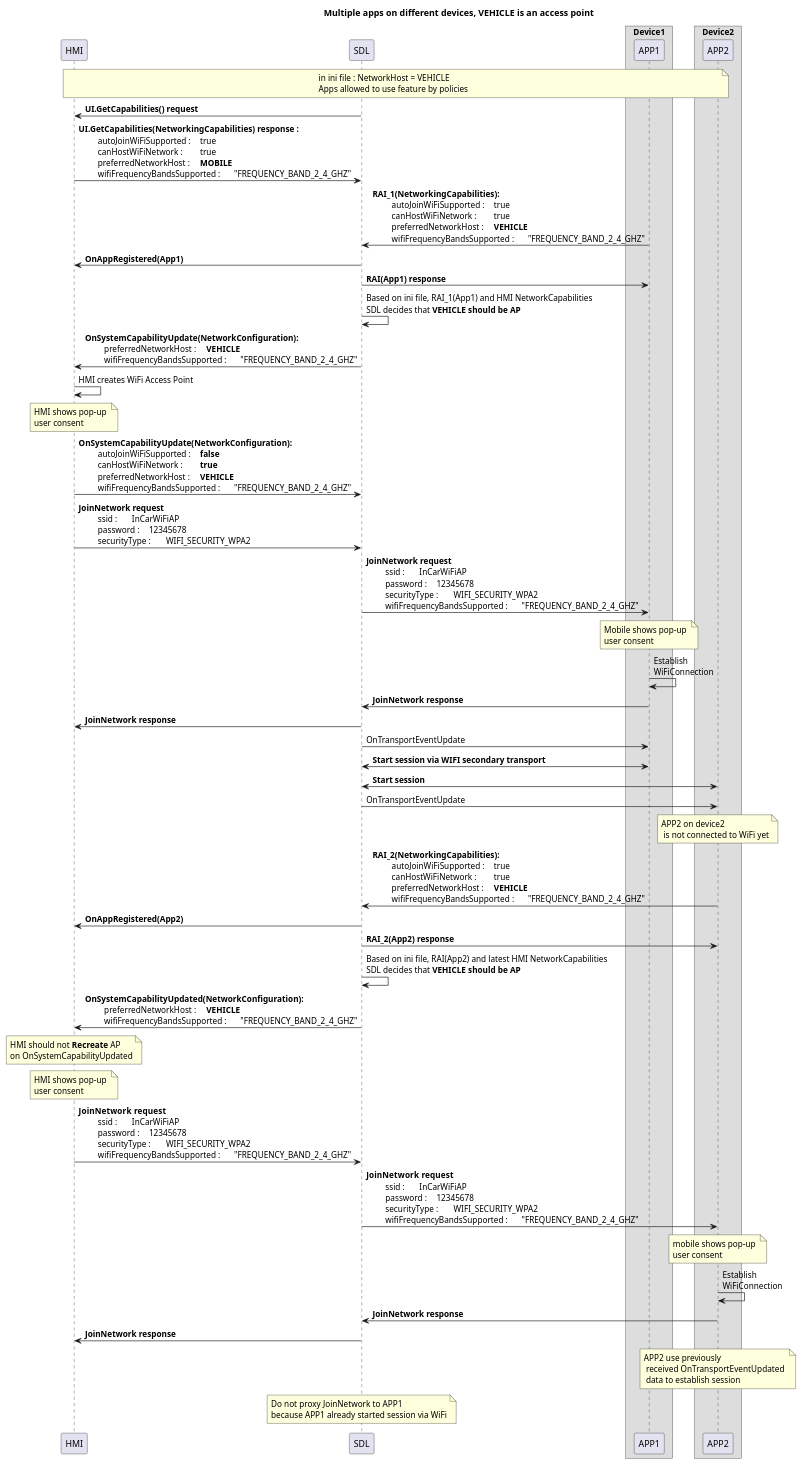
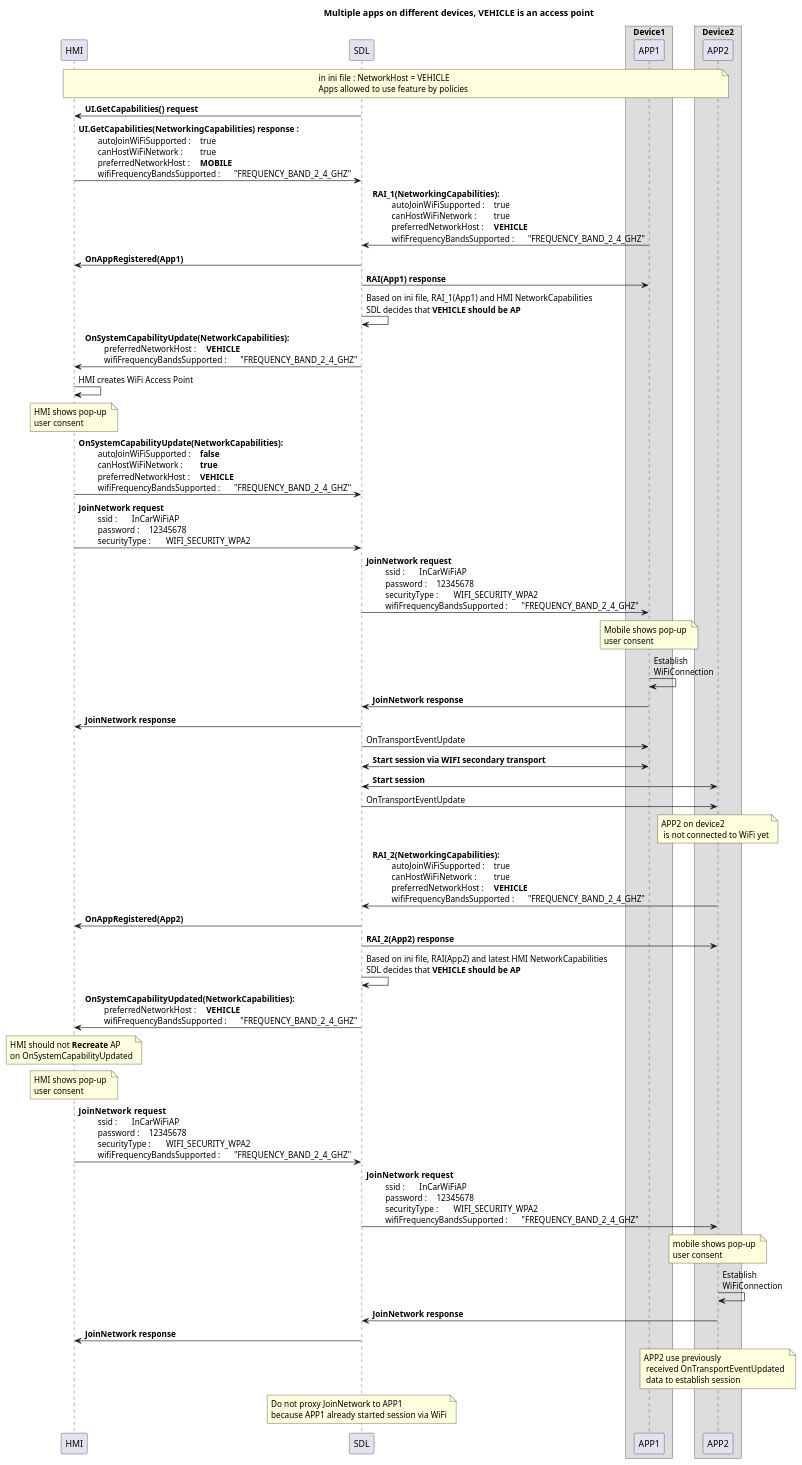
Before and after one commit to smartdevicelink/sdl_evolution: the diagram in assets/proposals/0245-sharing-wifi-ssid-and-password/vehicle_access_point_multidev.puml, drawn with PlantUML. The commit also changed 5 other files, not shown here.

Commit message:
Replace NetworkConfiguration to NetworkCapabilities

```diff
--- a/assets/proposals/0245-sharing-wifi-ssid-and-password/vehicle_access_point_multidev.puml
+++ b/assets/proposals/0245-sharing-wifi-ssid-and-password/vehicle_access_point_multidev.puml
@@ -1,128 +1,128 @@
 @startuml
 !pragma teoz true
 
 title Multiple apps on different devices, VEHICLE is an access point
 participant HMI
 participant SDL
 box "Device1"
 participant APP1
 end box
 box "Device2"
 participant APP2
 end box
 
 note over HMI, APP2: in ini file : NetworkHost = VEHICLE \n\
 Apps allowed to use feature by policies
 
 SDL -> HMI : <b>UI.GetCapabilities() request
 HMI -> SDL : <b>UI.GetCapabilities(NetworkingCapabilities) response : \n\
 \t autoJoinWiFiSupported : \t true \n\
 \t canHostWiFiNetwork : \t true \n\
 \t preferredNetworkHost : \t **MOBILE** \n\
 \t wifiFrequencyBandsSupported : \t "FREQUENCY_BAND_2_4_GHZ" 
 
 APP1 -> SDL : <b>RAI_1(NetworkingCapabilities): \n\
 \t autoJoinWiFiSupported : \t true \n\
 \t canHostWiFiNetwork : \t true \n\
 \t preferredNetworkHost : \t **VEHICLE** \n\
 \t wifiFrequencyBandsSupported : \t "FREQUENCY_BAND_2_4_GHZ" 
 
 SDL -> HMI : <b>OnAppRegistered(App1) 
 SDL -> APP1 : <b>RAI(App1) response 
 
 
 SDL -> SDL : Based on ini file, RAI_1(App1) and HMI NetworkCapabilities\n\
 SDL decides that **VEHICLE should be AP** 
 
-SDL -> HMI:  <b>OnSystemCapabilityUpdate(NetworkConfiguration): \n\
+SDL -> HMI:  <b>OnSystemCapabilityUpdate(NetworkCapabilities): \n\
 \t preferredNetworkHost : \t **VEHICLE** \n\
 \t wifiFrequencyBandsSupported : \t "FREQUENCY_BAND_2_4_GHZ" 
 
 HMI -> HMI : HMI creates WiFi Access Point
 
 note over HMI: HMI shows pop-up \n\
 user consent 
 
-HMI -> SDL:  <b>OnSystemCapabilityUpdate(NetworkConfiguration): \n\
+HMI -> SDL:  <b>OnSystemCapabilityUpdate(NetworkCapabilities): \n\
 \t autoJoinWiFiSupported : \t **false** \n\
 \t canHostWiFiNetwork : \t **true**  \n\
 \t preferredNetworkHost : \t **VEHICLE** \n\
 \t wifiFrequencyBandsSupported : \t "FREQUENCY_BAND_2_4_GHZ" 
 
 HMI -> SDL: <b>JoinNetwork request\n\
 \t ssid : \t InCarWiFiAP \n\
 \t password : \t 12345678 \n\
 \t securityType : \t WIFI_SECURITY_WPA2 
 
 SDL -> APP1: <b>JoinNetwork request\n\
 \t ssid : \t InCarWiFiAP \n\
 \t password : \t 12345678 \n\
 \t securityType : \t WIFI_SECURITY_WPA2 \n\
 \t wifiFrequencyBandsSupported : \t "FREQUENCY_BAND_2_4_GHZ" 
 
 note over APP1: Mobile shows pop-up \n\
 user consent 
 
 APP1 -> APP1 : Establish  \n\
 WiFiConnection
 
 APP1 -> SDL : <b>JoinNetwork response
 SDL -> HMI : <b>JoinNetwork response
 SDL -> APP1 : OnTransportEventUpdate
 
 APP1 <-> SDL : <b>Start session via WIFI secondary transport
 
 APP2 <-> SDL : <b>Start session 
 SDL -> APP2 : OnTransportEventUpdate
 
 note over APP2: APP2 on device2 \n is not connected to WiFi yet
 
 APP2 -> SDL : <b>RAI_2(NetworkingCapabilities): \n\
 \t autoJoinWiFiSupported : \t true \n\
 \t canHostWiFiNetwork : \t true \n\
 \t preferredNetworkHost : \t **VEHICLE** \n\
 \t wifiFrequencyBandsSupported : \t "FREQUENCY_BAND_2_4_GHZ" 
 
 SDL -> HMI : <b>OnAppRegistered(App2) 
 SDL -> APP2 : <b>RAI_2(App2) response 
 
 SDL -> SDL : Based on ini file, RAI(App2) and latest HMI NetworkCapabilities\n\
 SDL decides that **VEHICLE should be AP** 
 
-SDL -> HMI:  <b>OnSystemCapabilityUpdated(NetworkConfiguration): \n\
+SDL -> HMI:  <b>OnSystemCapabilityUpdated(NetworkCapabilities): \n\
 \t preferredNetworkHost : \t **VEHICLE** \n\
 \t wifiFrequencyBandsSupported : \t "FREQUENCY_BAND_2_4_GHZ" 
 
 note over HMI: HMI should not **Recreate** AP \n\
 on OnSystemCapabilityUpdated
 
 note over HMI: HMI shows pop-up \n\
 user consent 
 
 HMI -> SDL: <b>JoinNetwork  request\n\
 \t ssid : \t InCarWiFiAP \n\
 \t password : \t 12345678 \n\
 \t securityType : \t WIFI_SECURITY_WPA2 \n\
 \t wifiFrequencyBandsSupported : \t "FREQUENCY_BAND_2_4_GHZ" 
 
 
 SDL -> APP2: <b>JoinNetwork  request\n\
 \t ssid : \t InCarWiFiAP \n\
 \t password : \t 12345678 \n\
 \t securityType : \t WIFI_SECURITY_WPA2 \n\
 \t wifiFrequencyBandsSupported : \t "FREQUENCY_BAND_2_4_GHZ" 
 
 note over APP2: mobile shows pop-up \n\
 user consent 
 
 APP2 -> APP2 : Establish  \n\
 WiFiConnection
 
 APP2 -> SDL : <b>JoinNetwork response
 SDL -> HMI : <b>JoinNetwork response
 note over APP2: APP2 use previously \n received OnTransportEventUpdated \n data to establish session
 
 note over SDL: Do not proxy JoinNetwork to APP1 \n\
 because APP1 already started session via WiFi
 
 @enduml
```
